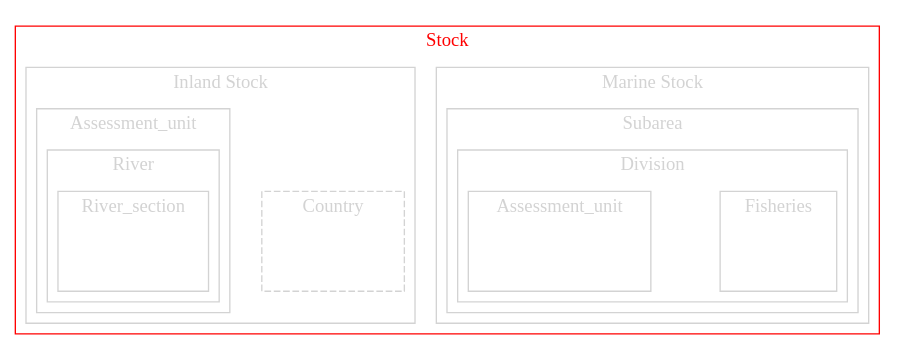
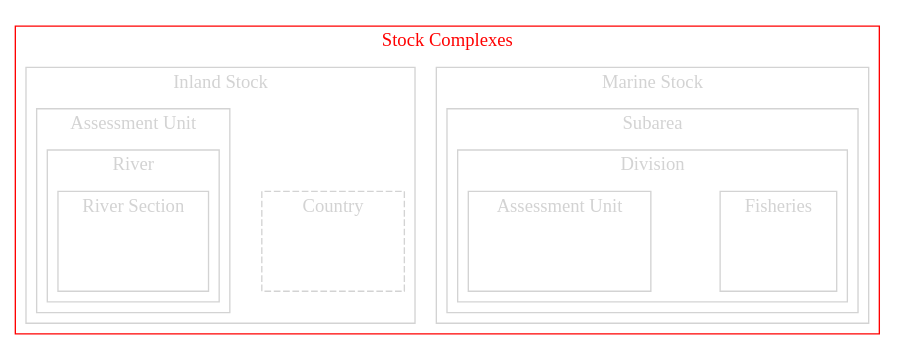
Before and after one commit to DIASPARAproject/WP3_habitat: the tenth of 20 diagrams in R/generating_graphs.qmd, drawn with Graphviz. The commit also changed other lines of this file and 3 other files, not shown here.

````diff
--- a/R/generating_graphs.qmd
+++ b/R/generating_graphs.qmd
@@ -920,6 +920,6 @@
 ```{dot}
 //| label: fig-area_hierarchy_nas1
-//| eval: false
+//| eval: true
 
 digraph {
     compound=true;
@@ -927,7 +927,7 @@
     rankdir="LR";
 
     subgraph clusterZ {
-      label = Stock
+      label = "Stock Complexes"
       style=full
       color=red
       fontcolor=red
@@ -941,21 +941,21 @@
         center=true
 
         subgraph clusterB {
-        label = Assessment_unit
+        label= "Assessment Unit"
         style=full
         color=lightgrey
         fontcolor=lightgrey
         center=true
 
           subgraph clusterC {
-          label = River
+          label = "River"
           style=full
           color=lightgrey
           fontcolor=lightgrey
           center=true
                 
             subgraph clusterD {
-            label = River_section
+            label = "River Section"
             style=full
             color=lightgrey
             fontcolor=lightgrey
@@ -1001,7 +1001,7 @@
           center=true
                 
             subgraph clusterI {
-            label = Assessment_unit
+            label= "Assessment Unit"
             style=full
             color=lightgrey
             fontcolor=lightgrey
````
